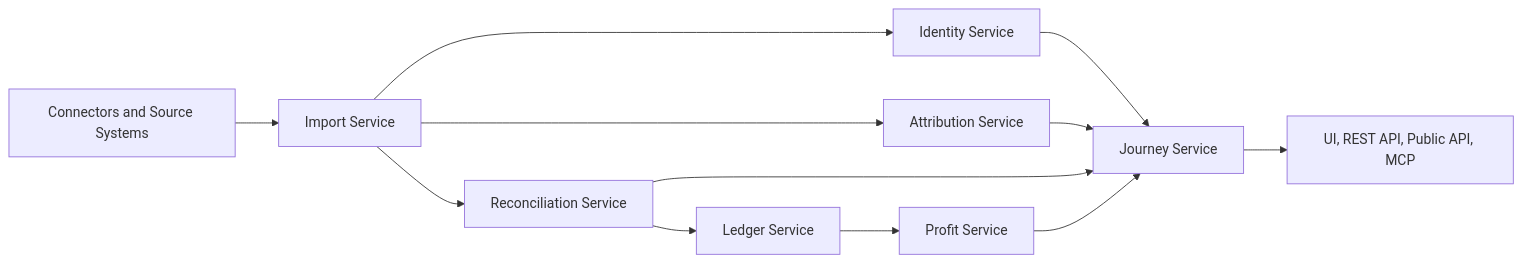
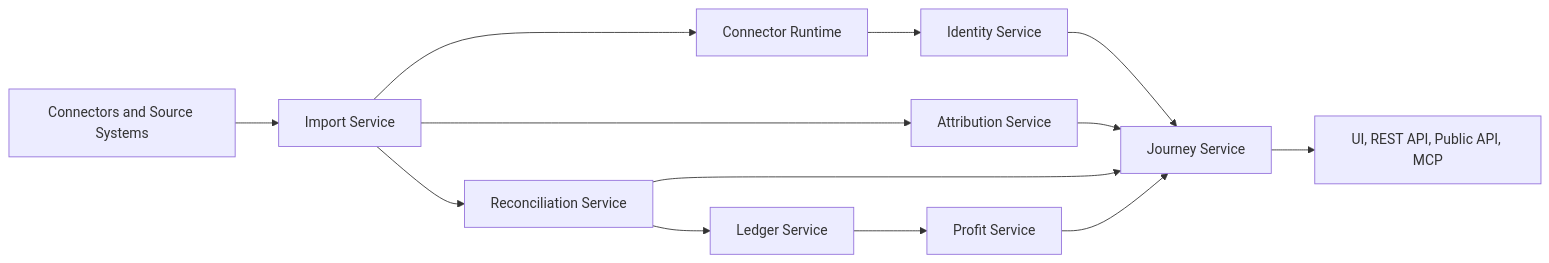
The diagram in docs/architecture/README.md (nomadinc/tracekit), drawn with Mermaid before and after one commit. The commit also changed other lines of this file and 36 other files, not shown here.

Commit message:
Complete Identity Backfill Runtime v1

````diff
--- a/docs/architecture/README.md
+++ b/docs/architecture/README.md
@@ -46,14 +49,15 @@
 ```mermaid
 flowchart LR
   Sources["Connectors and Source Systems"] --> Import["Import Service"]
-  Import --> Identity["Identity Service"]
+  Import --> Runtime["Connector Runtime"]
+  Runtime --> Identity["Identity Service"]
   Import --> Attribution["Attribution Service"]
   Import --> Reconciliation["Reconciliation Service"]
   Identity --> Journey["Journey Service"]
   Attribution --> Journey
   Reconciliation --> Journey
   Reconciliation --> Ledger["Ledger Service"]
   Ledger --> Profit["Profit Service"]
   Profit --> Journey
   Journey --> Surfaces["UI, REST API, Public API, MCP"]
 ```
````
